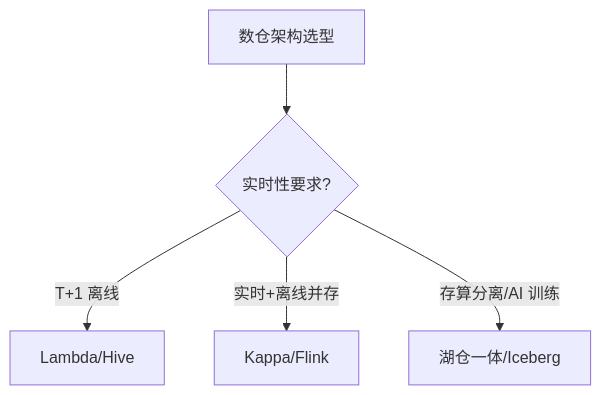
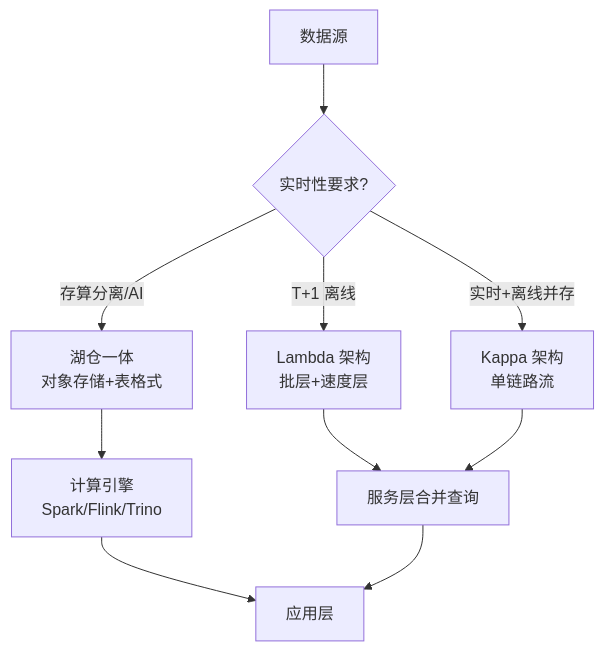
Before and after one commit to wb04307201/wb04307201: the first of 5 diagrams in note/10.big-data/01-data-warehouse/README.md, drawn with Mermaid. The commit also changed other lines of this file and 10 other files, not shown here.

````diff
--- a/note/10.big-data/01-data-warehouse/README.md
+++ b/note/10.big-data/01-data-warehouse/README.md
@@ -49,7 +39,12 @@
 ```mermaid
 flowchart TD
-    A[数仓架构选型] --> B{实时性要求?}
-    B -->|T+1 离线| C[Lambda/Hive]
-    B -->|实时+离线并存| D[Kappa/Flink]
-    B -->|存算分离/AI 训练| E[湖仓一体/Iceberg]
+    A[数据源] --> B{实时性要求?}
+    B -->|T+1 离线| C[Lambda 架构<br/>批层+速度层]
+    B -->|实时+离线并存| D[Kappa 架构<br/>单链路流]
+    B -->|存算分离/AI| E[湖仓一体<br/>对象存储+表格式]
+    C --> F[服务层合并查询]
+    D --> F
+    E --> G[计算引擎<br/>Spark/Flink/Trino]
+    G --> H[应用层]
+    F --> H
 ```
````
